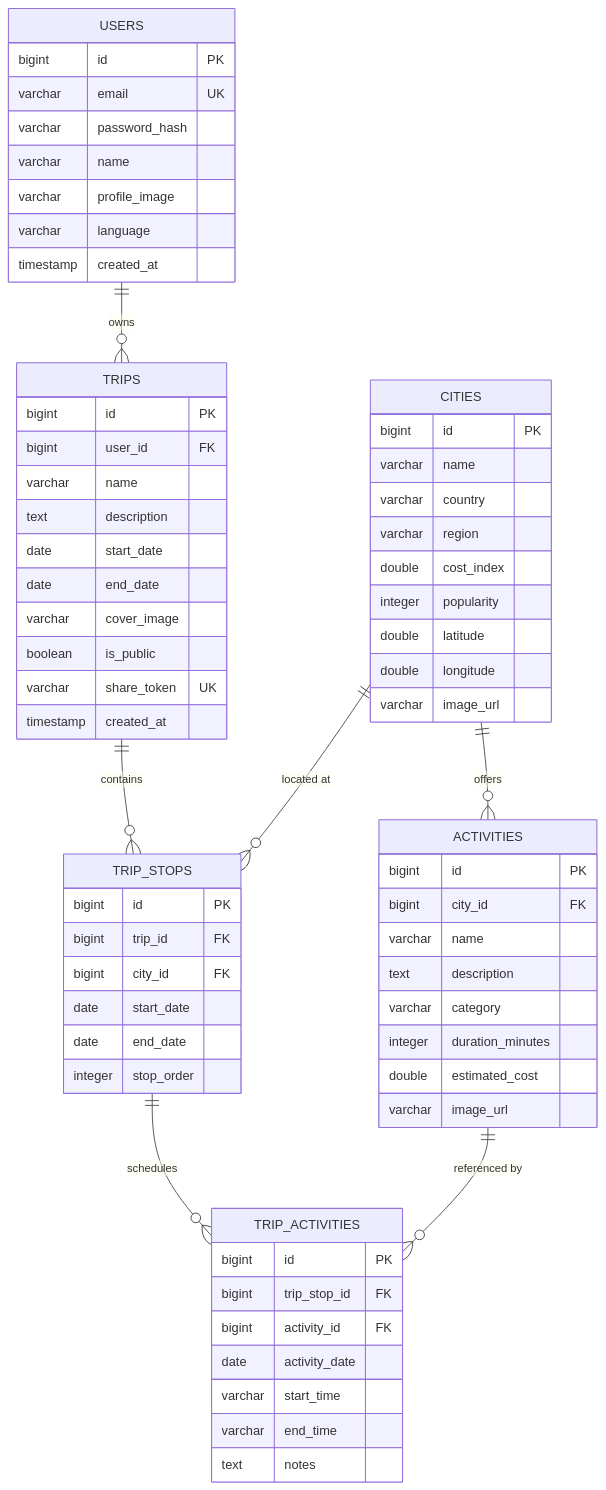
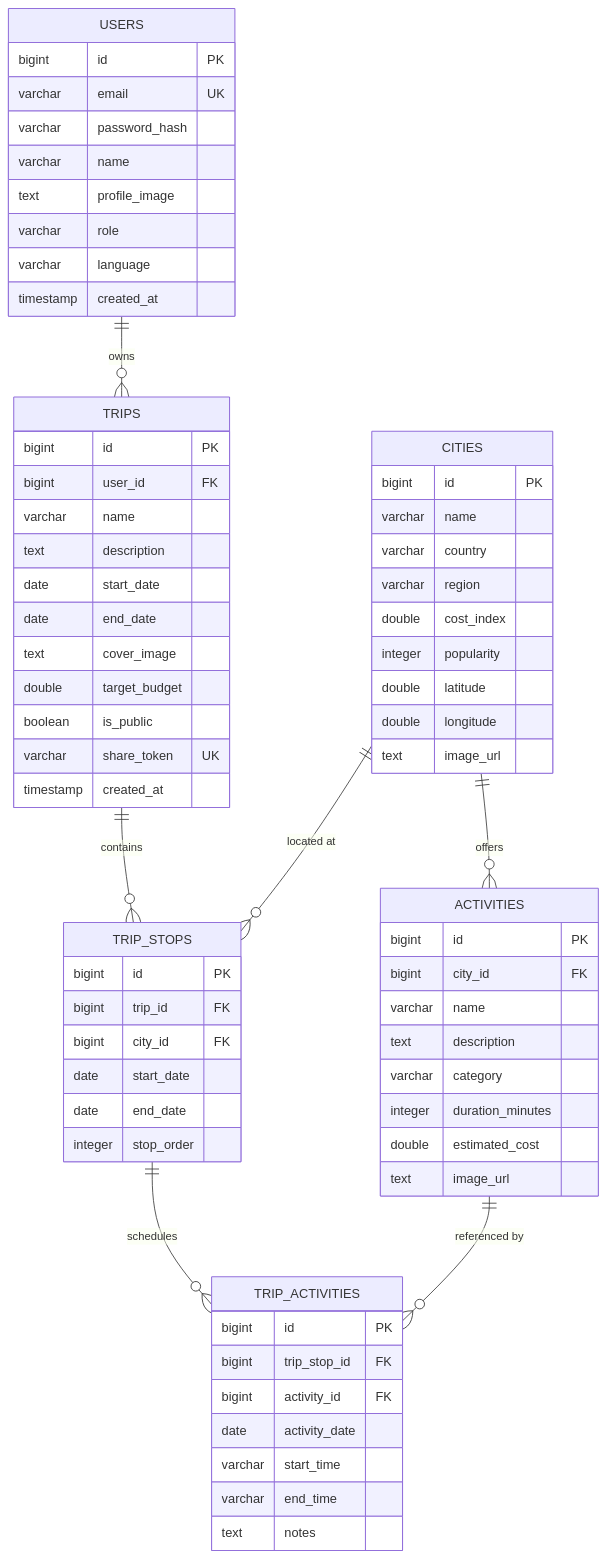
One commit to sujalvarecha/GlobeTrotter changed the second of 2 diagrams in readme.md. Above: the diagram before and after it, drawn with Mermaid. The commit also changed other lines of this file and 20 other files, not shown here.

````diff
--- a/readme.md
+++ b/readme.md
@@ -128,74 +138,76 @@
 ```mermaid
 erDiagram
     USERS ||--o{ TRIPS : owns
     TRIPS ||--o{ TRIP_STOPS : contains
     CITIES ||--o{ TRIP_STOPS : "located at"
     CITIES ||--o{ ACTIVITIES : offers
     TRIP_STOPS ||--o{ TRIP_ACTIVITIES : schedules
     ACTIVITIES ||--o{ TRIP_ACTIVITIES : "referenced by"
 
     USERS {
         bigint id PK
         varchar email UK
         varchar password_hash
         varchar name
-        varchar profile_image
+        text profile_image
+        varchar role
         varchar language
         timestamp created_at
     }
 
     TRIPS {
         bigint id PK
         bigint user_id FK
         varchar name
         text description
         date start_date
         date end_date
-        varchar cover_image
+        text cover_image
+        double target_budget
         boolean is_public
         varchar share_token UK
         timestamp created_at
     }
 
     CITIES {
         bigint id PK
         varchar name
         varchar country
         varchar region
         double cost_index
         integer popularity
         double latitude
         double longitude
-        varchar image_url
+        text image_url
     }
 
     ACTIVITIES {
         bigint id PK
         bigint city_id FK
         varchar name
         text description
         varchar category
         integer duration_minutes
         double estimated_cost
-        varchar image_url
+        text image_url
     }
 
     TRIP_STOPS {
         bigint id PK
         bigint trip_id FK
         bigint city_id FK
         date start_date
         date end_date
         integer stop_order
     }
 
     TRIP_ACTIVITIES {
         bigint id PK
         bigint trip_stop_id FK
         bigint activity_id FK
         date activity_date
         varchar start_time
         varchar end_time
         text notes
     }
 ```
````
